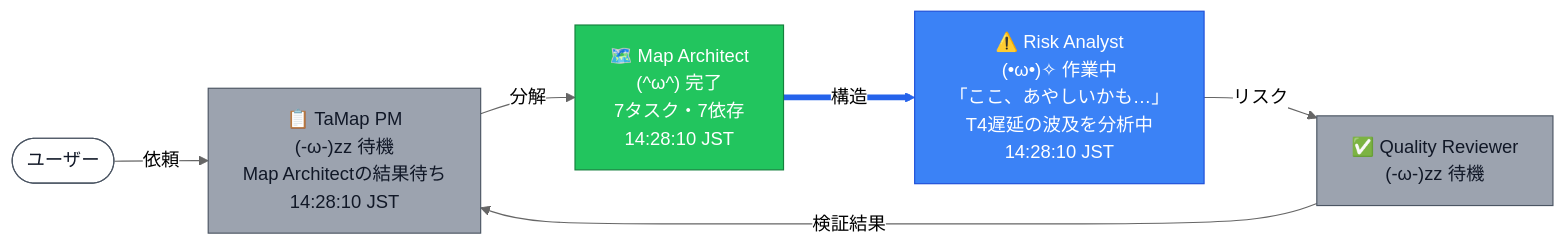
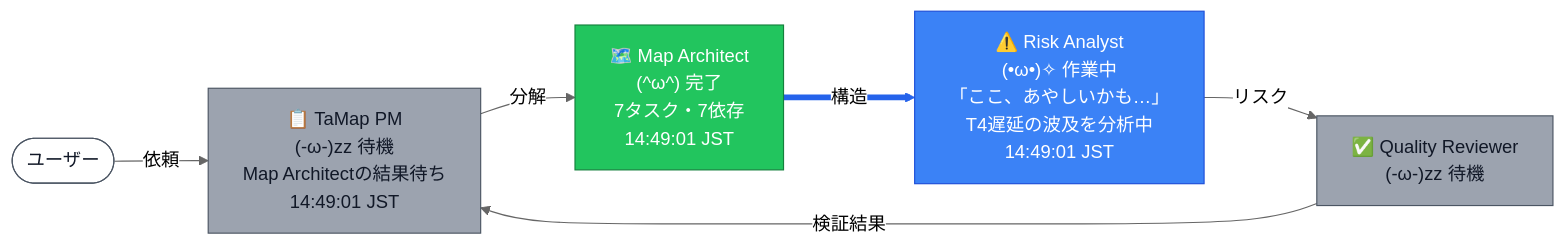
The sixth of 12 diagrams in docs/sample_output.md (nekomario28/tamap), drawn with Mermaid (neutral theme) before and after one commit. The commit also changed other lines of this file and 4 other files, not shown here.

````diff
--- a/docs/sample_output.md
+++ b/docs/sample_output.md
@@ -183,23 +183,23 @@
 ```mermaid
 flowchart LR
   U(["ユーザー"])
-  PM["📋 TaMap PM<br>(-ω-)zz 待機<br>Map Architectの結果待ち<br>14:28:10 JST"]
-  MA["🗺️ Map Architect<br>(^ω^) 完了<br>7タスク・7依存<br>14:28:10 JST"]
-  RA["⚠️ Risk Analyst<br>(•ω•)✧ 作業中<br>「ここ、あやしいかも…」<br>T4遅延の波及を分析中<br>14:28:10 JST"]
+  PM["📋 TaMap PM<br>(-ω-)zz 待機<br>Map Architectの結果待ち<br>14:49:01 JST"]
+  MA["🗺️ Map Architect<br>(^ω^) 完了<br>7タスク・7依存<br>14:49:01 JST"]
+  RA["⚠️ Risk Analyst<br>(•ω•)✧ 作業中<br>「ここ、あやしいかも…」<br>T4遅延の波及を分析中<br>14:49:01 JST"]
   QR["✅ Quality Reviewer<br>(-ω-)zz 待機"]
   U -- 依頼 --> PM
   PM -- 分解 --> MA
   MA -- 構造 --> RA
   RA -- リスク --> QR
   QR -- 検証結果 --> PM
   classDef idle fill:#9ca3af,stroke:#4b5563,color:#111827
   classDef working fill:#3b82f6,stroke:#1d4ed8,color:#ffffff
   classDef done fill:#22c55e,stroke:#15803d,color:#ffffff
   classDef error fill:#ef4444,stroke:#991b1b,color:#ffffff
   classDef user fill:#ffffff,stroke:#4b5563,color:#111827
   class U user
   class PM,QR idle
   class MA done
   class RA working
   linkStyle 2 stroke:#2563eb,stroke-width:5px
 ```
````
